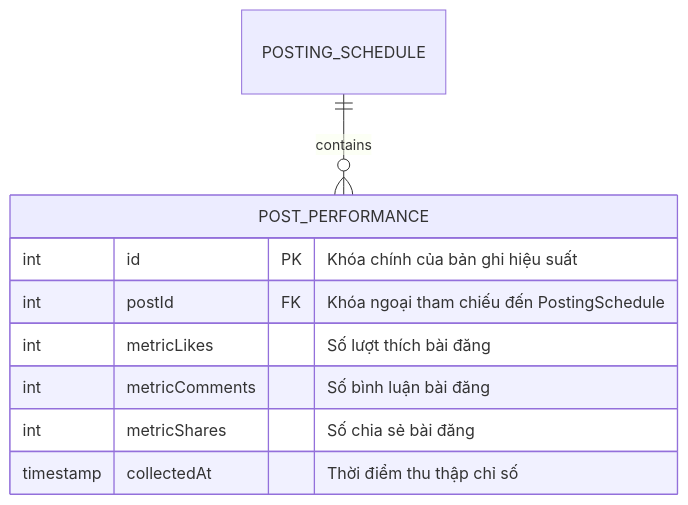
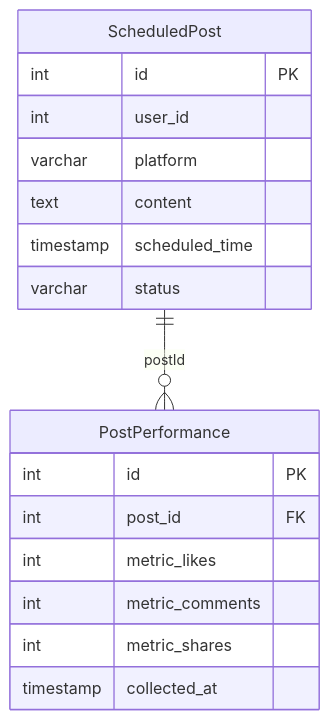
The second of 3 diagrams in sources/output/business-analysis/ba.md (hainguyen81/enterprise-it-ai), drawn with Mermaid before and after one commit. The commit also changed other lines of this file and 13 other files, not shown here.

````diff
--- a/sources/output/business-analysis/ba.md
+++ b/sources/output/business-analysis/ba.md
@@ -137,12 +167,20 @@
 ```mermaid
 erDiagram
-    POST_PERFORMANCE {
-        int id PK "Khóa chính của bản ghi hiệu suất"
-        int postId FK "Khóa ngoại tham chiếu đến PostingSchedule"
-        int metricLikes "Số lượt thích bài đăng"
-        int metricComments "Số bình luận bài đăng"
-        int metricShares "Số chia sẻ bài đăng"
-        timestamp collectedAt "Thời điểm thu thập chỉ số"
+    ScheduledPost ||--o{ PostPerformance : "postId"
+    ScheduledPost {
+        int id PK
+        int user_id
+        varchar platform
+        text content
+        timestamp scheduled_time
+        varchar status
     }
-    POSTING_SCHEDULE ||--o{ POST_PERFORMANCE : "contains"
+    PostPerformance {
+        int id PK
+        int post_id FK
+        int metric_likes
+        int metric_comments
+        int metric_shares
+        timestamp collected_at
+    }
 ```
````
